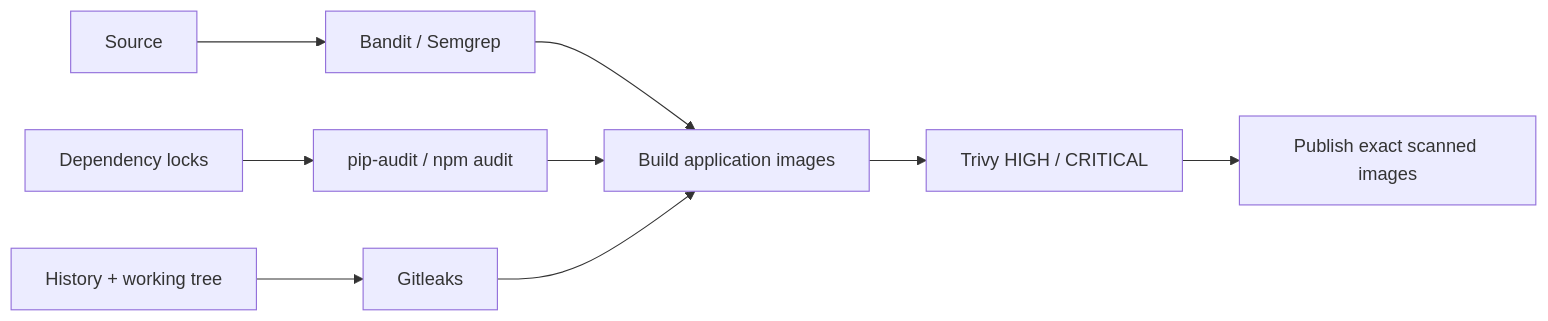
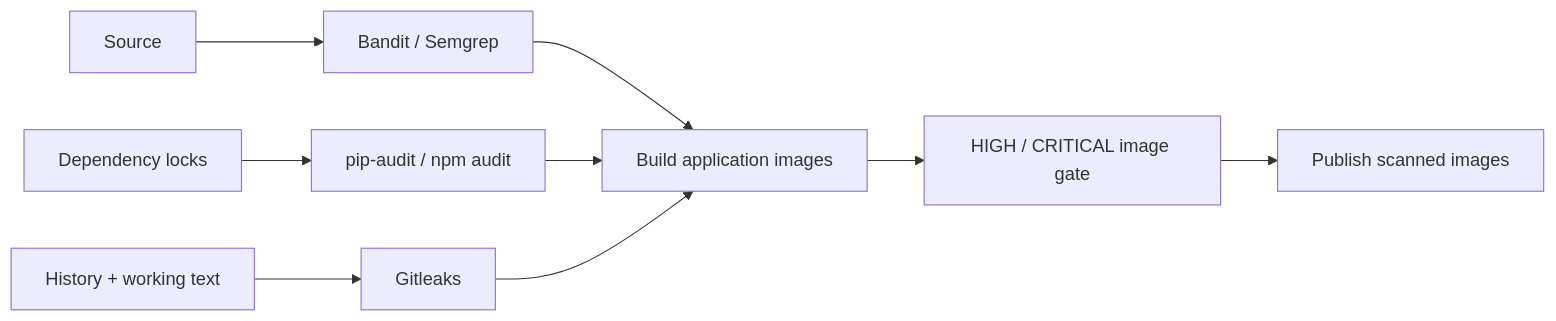
Before and after one commit to NoteLegend/devOps-TaskBoard: the diagram in security/README.md, drawn with Mermaid. The commit also changed other lines of this file and 26 other files, not shown here.

````diff
--- a/security/README.md
+++ b/security/README.md
@@ -5,11 +11,11 @@
 ```mermaid
 flowchart LR
   Source --> SAST[Bandit / Semgrep]
   Locks[Dependency locks] --> SCA[pip-audit / npm audit]
-  Git[History + working tree] --> Secrets[Gitleaks]
+  Git[History + working text] --> Secrets[Gitleaks]
   SAST --> Build[Build application images]
   SCA --> Build
   Secrets --> Build
-  Build --> Trivy[Trivy HIGH / CRITICAL]
-  Trivy --> Registry[Publish exact scanned images]
+  Build --> Trivy[HIGH / CRITICAL image gate]
+  Trivy --> Registry[Publish scanned images]
 ```
````
